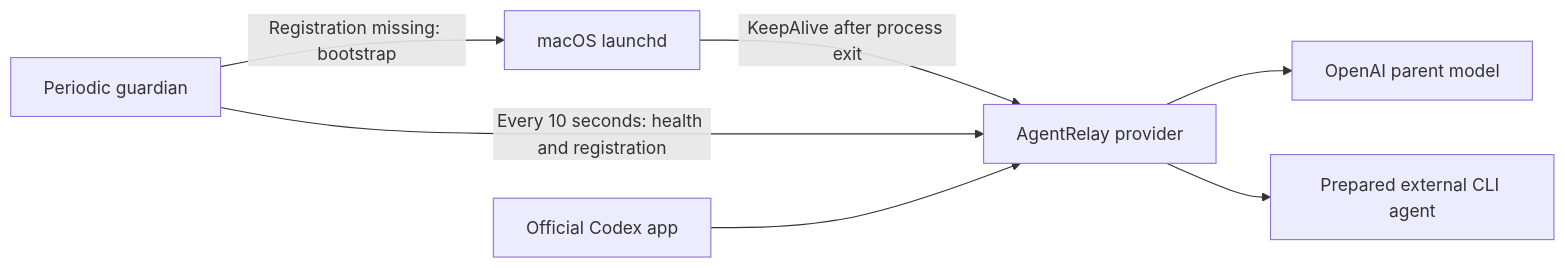
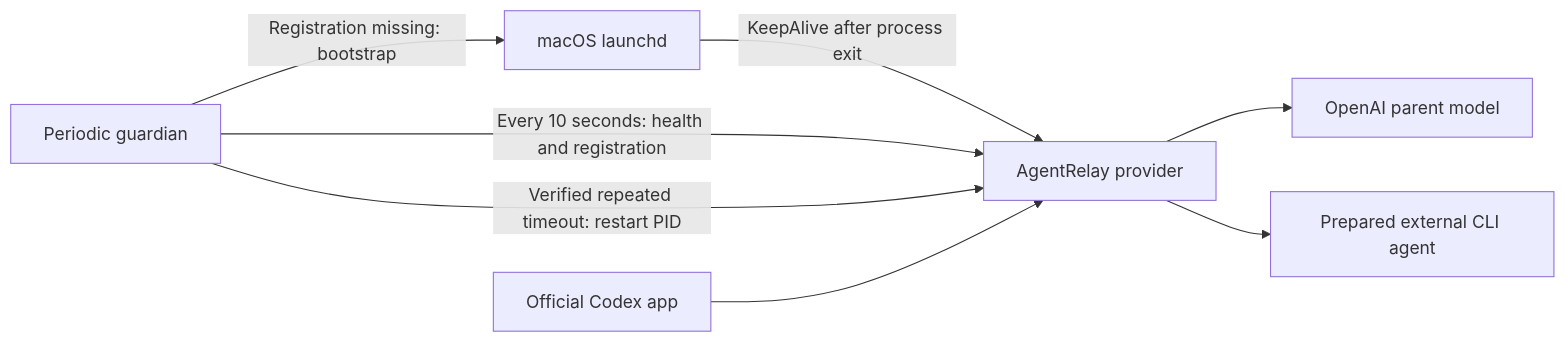
One commit to AgentCraft-Labs/agent-relay changed the third of 5 diagrams in readme.md. Above: the diagram before and after it, drawn with Mermaid. The commit also changed other lines of this file and 17 other files, not shown here.

Commit message:
Isolate SQLite work and recover verified provider hangs

````diff
--- a/readme.md
+++ b/readme.md
@@ -142,9 +142,10 @@
 ```mermaid
 flowchart LR
     Launchd[macOS launchd] -->|KeepAlive after process exit| Provider[AgentRelay provider]
     Guardian[Periodic guardian] -->|Every 10 seconds: health and registration| Provider
     Guardian -->|Registration missing: bootstrap| Launchd
+    Guardian -->|Verified repeated timeout: restart PID| Provider
     Codex[Official Codex app] --> Provider
     Provider --> OpenAI[OpenAI parent model]
     Provider --> CLI[Prepared external CLI agent]
 ```
````
